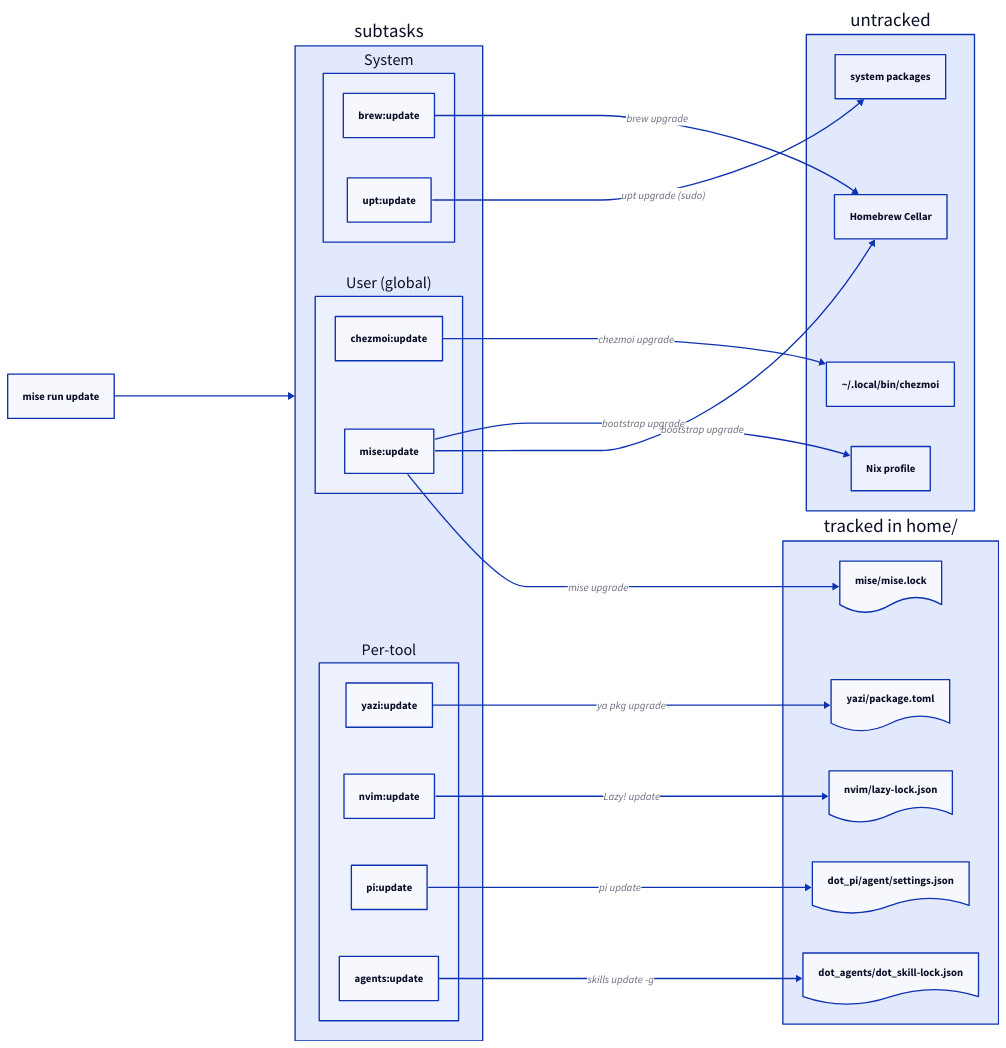
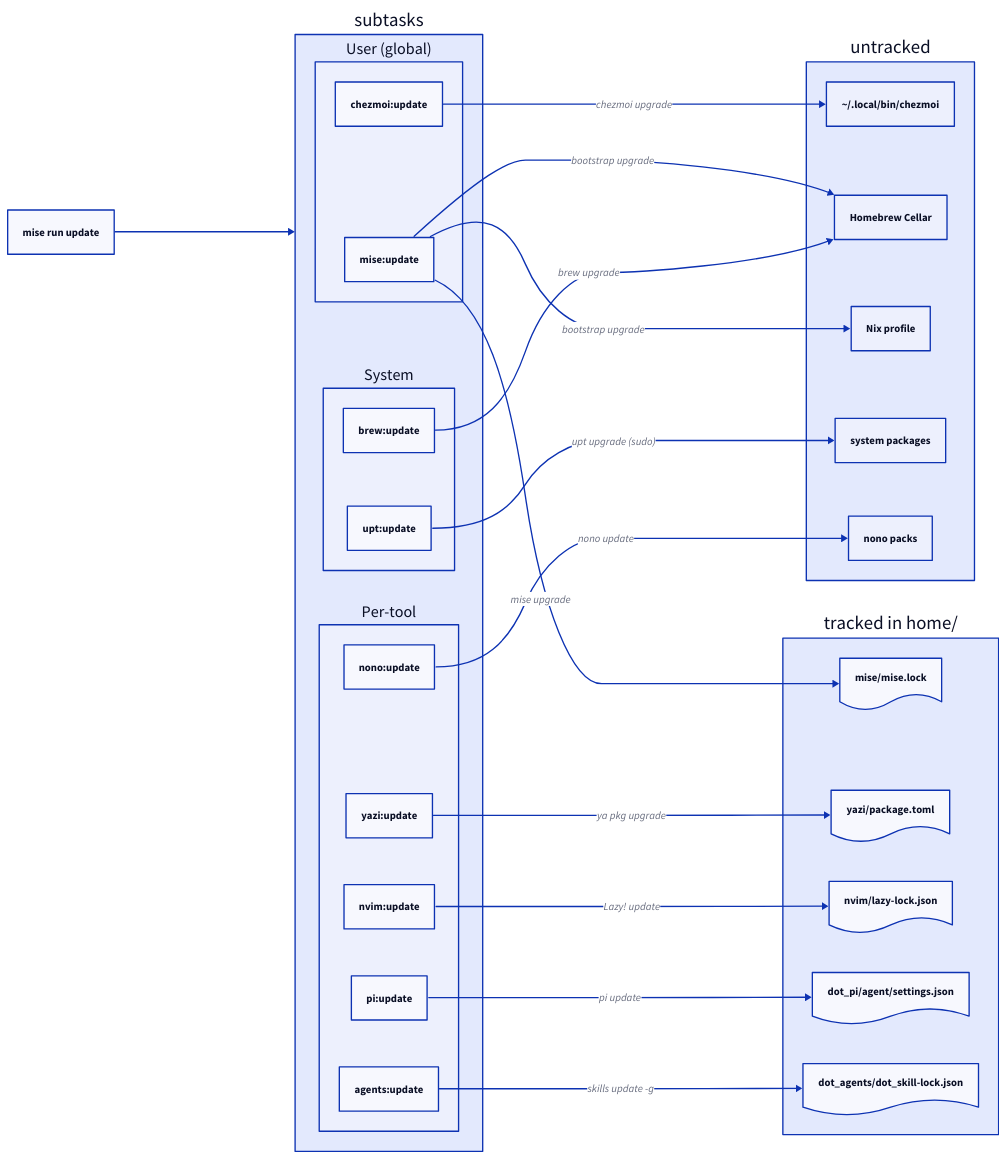
The second of 2 diagrams in docs/package_managers.md (german-molins/dotfiles), drawn with D2 before and after one commit. The commit also changed other lines of this file and 4 other files, not shown here.

First line of the commit message:
feat(chezmoi): reinstall nono packs when missing or changed

````diff
--- a/docs/package_managers.md
+++ b/docs/package_managers.md
@@ -91,49 +91,52 @@
 ```d2
 direction: right
 
 update: mise run update
 
 tasks: subtasks {
   system: System {
     brew: brew:update
     upt: upt:update
   }
   user: User (global) {
     chezmoi: chezmoi:update
     mise: mise:update
   }
   pertool: Per-tool {
     yazi: yazi:update
     nvim: nvim:update
     pi: pi:update
+    nono: nono:update
     agents: agents:update
   }
 }
 
 tracked: tracked in home/ {
   lock: mise/mise.lock {shape: document}
   yazi: yazi/package.toml {shape: document}
   nvim: nvim/lazy-lock.json {shape: document}
   pi: dot_pi/agent/settings.json {shape: document}
   skills: dot_agents/dot_skill-lock.json {shape: document}
 }
 
 untracked: untracked {
   chezmoi: "~/.local/bin/chezmoi"
   cellar: Homebrew Cellar
   nix: Nix profile
   apt: system packages
+  nono: nono packs
 }
 
 update -> tasks
 tasks.user.chezmoi -> untracked.chezmoi: chezmoi upgrade
 tasks.user.mise -> tracked.lock: mise upgrade
 tasks.user.mise -> untracked.cellar: bootstrap upgrade
 tasks.user.mise -> untracked.nix: bootstrap upgrade
 tasks.pertool.yazi -> tracked.yazi: ya pkg upgrade
 tasks.pertool.nvim -> tracked.nvim: "Lazy! update"
 tasks.pertool.pi -> tracked.pi: pi update
+tasks.pertool.nono -> untracked.nono: nono update
 tasks.system.brew -> untracked.cellar: brew upgrade
 tasks.system.upt -> untracked.apt: "upt upgrade (sudo)"
 tasks.pertool.agents -> tracked.skills: "skills update -g"
 ```
````
